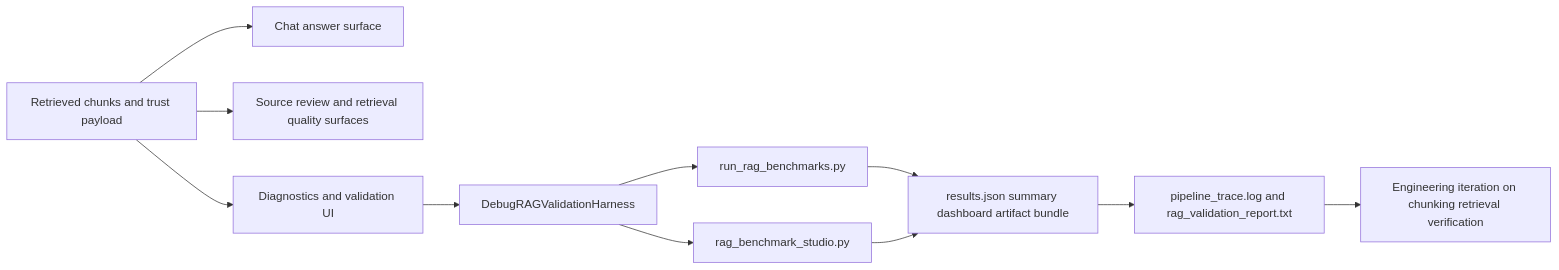
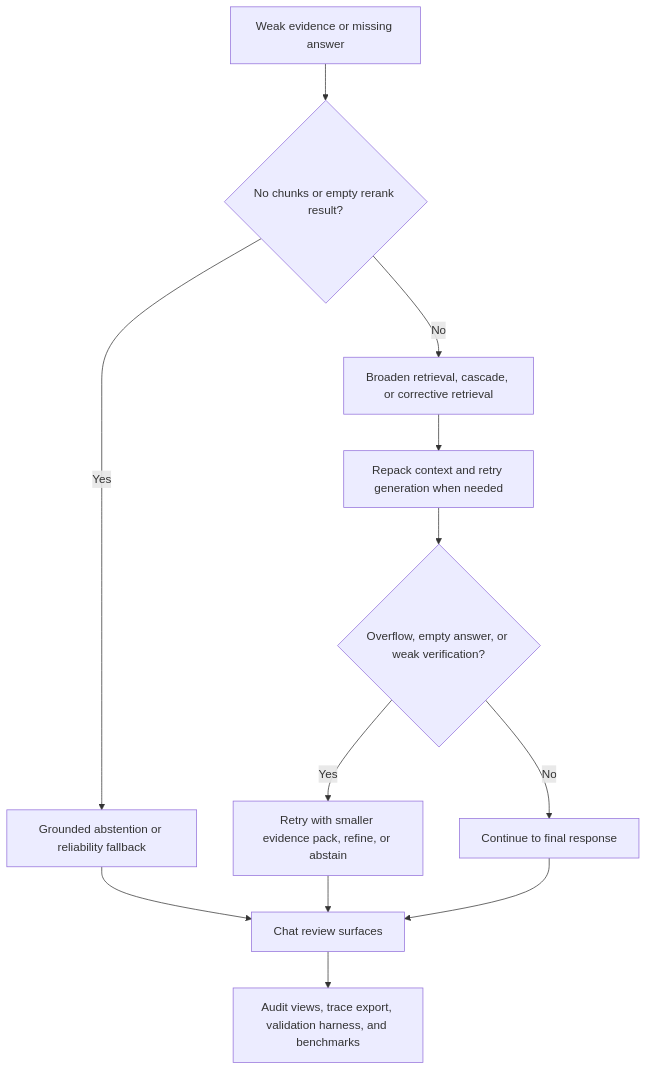
The fifth of 5 diagrams in projects/openintelligence/docs/README.md (Gunnarguy/Gunnarguy-Portfolio), drawn with Mermaid before and after one commit. The commit also changed other lines of this file and 1 other file, not shown here.

````diff
--- a/projects/openintelligence/docs/README.md
+++ b/projects/openintelligence/docs/README.md
@@ -177,13 +221,14 @@
 ```mermaid
-flowchart LR
-  A[Retrieved chunks and trust payload] --> B[Chat answer surface]
-  A --> C[Source review and retrieval quality surfaces]
-  A --> D[Diagnostics and validation UI]
-  D --> E[DebugRAGValidationHarness]
-  E --> F[run_rag_benchmarks.py]
-  E --> G[rag_benchmark_studio.py]
-  F --> H[results.json summary dashboard artifact bundle]
-  G --> H
-  H --> I[pipeline_trace.log and rag_validation_report.txt]
-  I --> J[Engineering iteration on chunking retrieval verification]
+flowchart TD
+   A[Weak evidence or missing answer] --> B{No chunks or empty rerank result?}
+   B -- Yes --> C[Grounded abstention or reliability fallback]
+   B -- No --> D[Broaden retrieval, cascade, or corrective retrieval]
+   D --> E[Repack context and retry generation when needed]
+   E --> F{Overflow, empty answer, or weak verification?}
+   F -- Yes --> G[Retry with smaller evidence pack, refine, or abstain]
+   F -- No --> H[Continue to final response]
+   C --> I[Chat review surfaces]
+   G --> I
+   H --> I
+   I --> J[Audit views, trace export, validation harness, and benchmarks]
 ```
````
